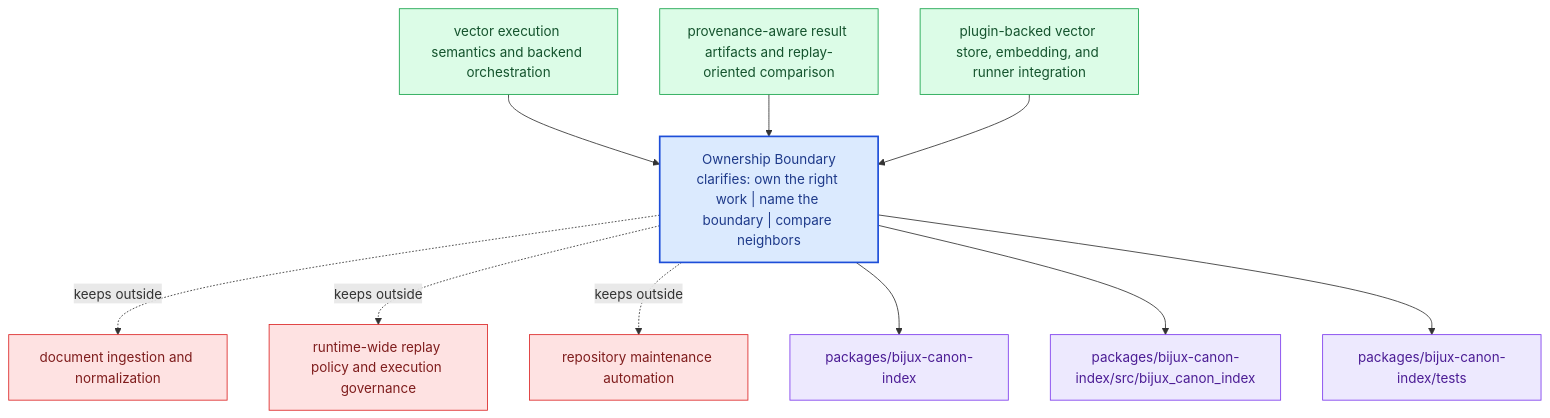
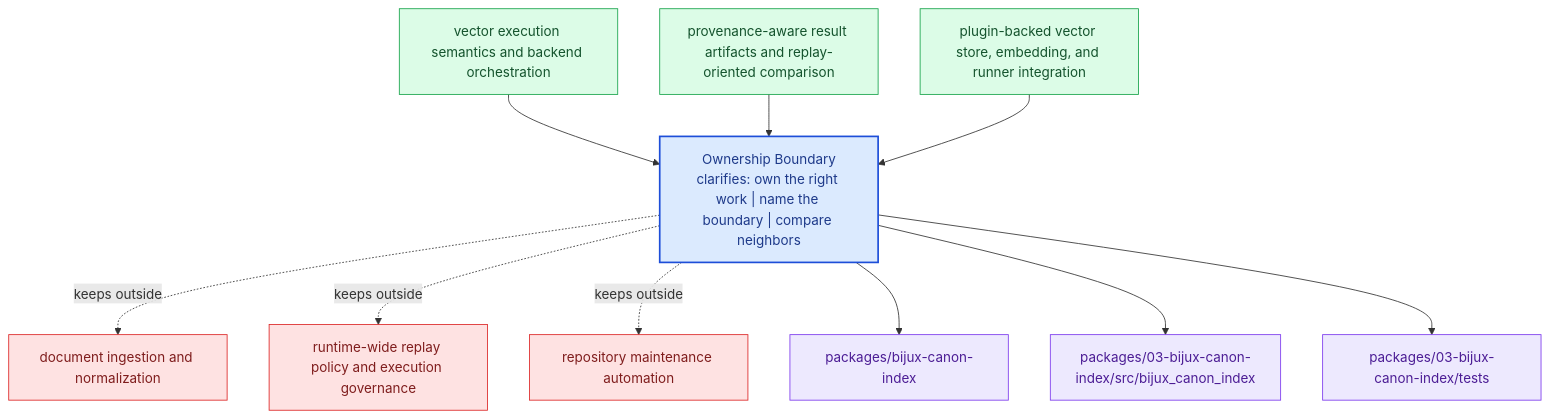
The diagram in docs/03-bijux-canon-index/foundation/ownership-boundary.md (bijux/bijux-canon), drawn with Mermaid before and after one commit. The commit also changed other lines of this file and 167 other files, not shown here.

````diff
--- a/docs/03-bijux-canon-index/foundation/ownership-boundary.md
+++ b/docs/03-bijux-canon-index/foundation/ownership-boundary.md
@@ -23,31 +23,31 @@
 ```mermaid
 flowchart TB
     page["Ownership Boundary<br/>clarifies: own the right work | name the boundary | compare neighbors"]
     classDef page fill:#dbeafe,stroke:#1d4ed8,color:#1e3a8a,stroke-width:2px;
     classDef positive fill:#dcfce7,stroke:#16a34a,color:#14532d;
     classDef caution fill:#fee2e2,stroke:#dc2626,color:#7f1d1d;
     classDef anchor fill:#ede9fe,stroke:#7c3aed,color:#4c1d95;
     classDef action fill:#fef3c7,stroke:#d97706,color:#7c2d12;
     own1["vector execution semantics and backend orchestration"]
     own1 --> page
     own2["provenance-aware result artifacts and replay-oriented comparison"]
     own2 --> page
     own3["plugin-backed vector store, embedding, and runner integration"]
     own3 --> page
     limit1["document ingestion and normalization"]
     page -.keeps outside.-> limit1
     limit2["runtime-wide replay policy and execution governance"]
     page -.keeps outside.-> limit2
     limit3["repository maintenance automation"]
     page -.keeps outside.-> limit3
     anchor1["packages/bijux-canon-index"]
     page --> anchor1
-    anchor2["packages/bijux-canon-index/src/bijux_canon_index"]
+    anchor2["packages/03-bijux-canon-index/src/bijux_canon_index"]
     page --> anchor2
-    anchor3["packages/bijux-canon-index/tests"]
+    anchor3["packages/03-bijux-canon-index/tests"]
     page --> anchor3
     class page page;
     class own1,own2,own3 positive;
     class limit1,limit2,limit3 caution;
     class anchor1,anchor2,anchor3 anchor;
 ```
````
